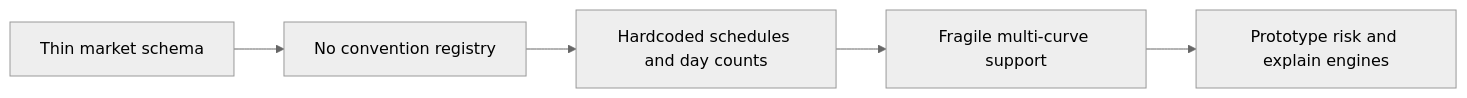
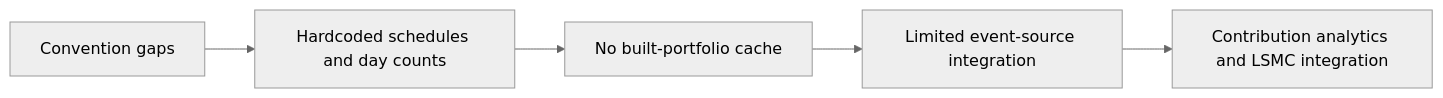
Before and after one commit to b-io/quant-risk-platform: the third of 3 diagrams in docs/architecture/ARCHITECTURE.md, drawn with Mermaid (neutral theme). The commit also changed other lines of this file and 66 other files, not shown here.

First line of the commit message:
feat(analytics): add persisted pnl explain workflow

````diff
--- a/docs/architecture/ARCHITECTURE.md
+++ b/docs/architecture/ARCHITECTURE.md
@@ -240,7 +253,7 @@
 ```mermaid
 flowchart LR
-    A[Thin market schema] --> B[No convention registry]
-    B --> C[Hardcoded schedules and day counts]
-    C --> D[Fragile multi-curve support]
-    D --> E[Prototype risk and explain engines]
+    A[Convention gaps] --> B[Hardcoded schedules and day counts]
+    B --> C[No built-portfolio cache]
+    C --> D[Limited event-source integration]
+    D --> E[Contribution analytics and LSMC integration]
 ```
````
